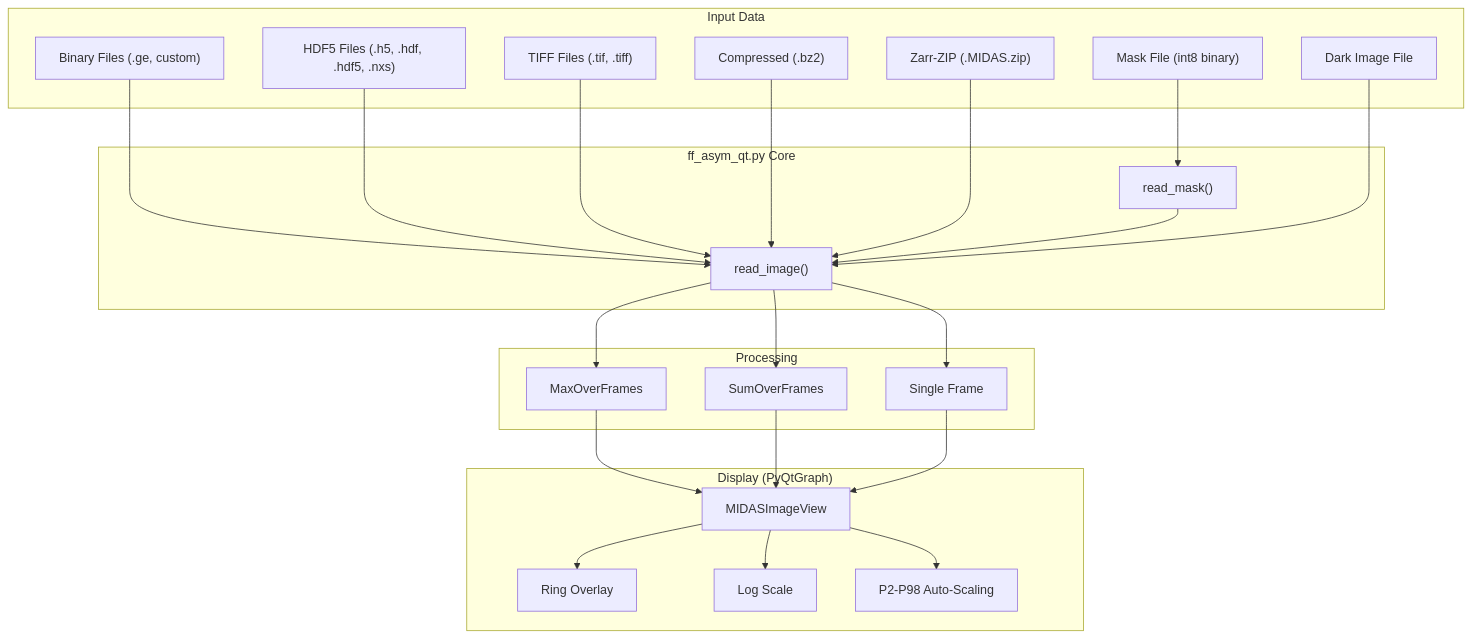
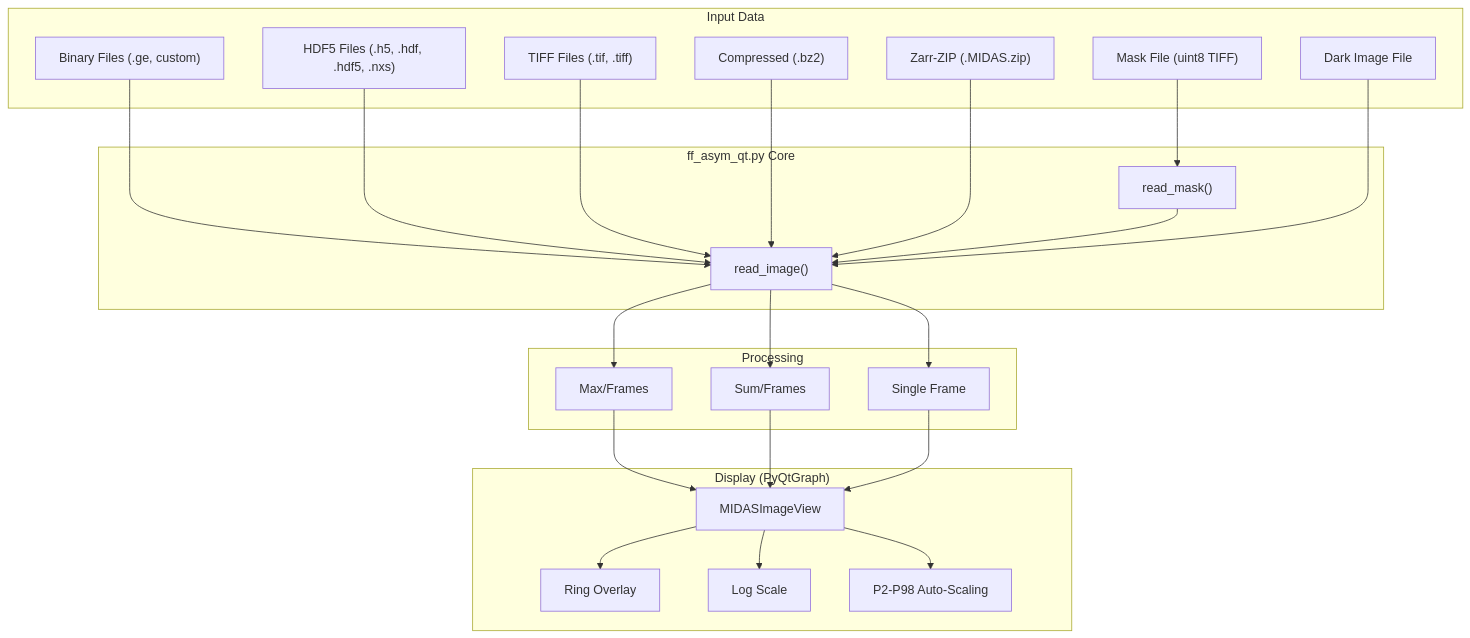
Before and after one commit to marinerhemant/MIDAS: the diagram in manuals/FF_Visualization.md, drawn with Mermaid. The commit also changed other lines of this file and 8 other files, not shown here.

````diff
--- a/manuals/FF_Visualization.md
+++ b/manuals/FF_Visualization.md
@@ -30,40 +30,40 @@
 ```mermaid
 graph TD
     subgraph "Input Data"
         BIN["Binary Files (.ge, custom)"]
         H5["HDF5 Files (.h5, .hdf, .hdf5, .nxs)"]
         TIF["TIFF Files (.tif, .tiff)"]
         BZ2["Compressed (.bz2)"]
         ZIP["Zarr-ZIP (.MIDAS.zip)"]
-        MASK["Mask File (int8 binary)"]
+        MASK["Mask File (uint8 TIFF)"]
         DARK["Dark Image File"]
     end
 
     subgraph "ff_asym_qt.py Core"
         RI["read_image()"]
         BIN --> RI
         H5 --> RI
         TIF --> RI
         BZ2 --> RI
         ZIP --> RI
         RM["read_mask()"]
         MASK --> RM
         RM --> RI
         DARK --> RI
     end
 
     subgraph "Processing"
-        RI --> MAX["MaxOverFrames"]
-        RI --> SUM["SumOverFrames"]
+        RI --> MAX["Max/Frames"]
+        RI --> SUM["Sum/Frames"]
         RI --> SINGLE["Single Frame"]
     end
 
     subgraph "Display (PyQtGraph)"
         MAX --> PLOT["MIDASImageView"]
         SUM --> PLOT
         SINGLE --> PLOT
         PLOT --> RINGS["Ring Overlay"]
         PLOT --> LOG["Log Scale"]
         PLOT --> LEVELS["P2-P98 Auto-Scaling"]
     end
 ```
````
